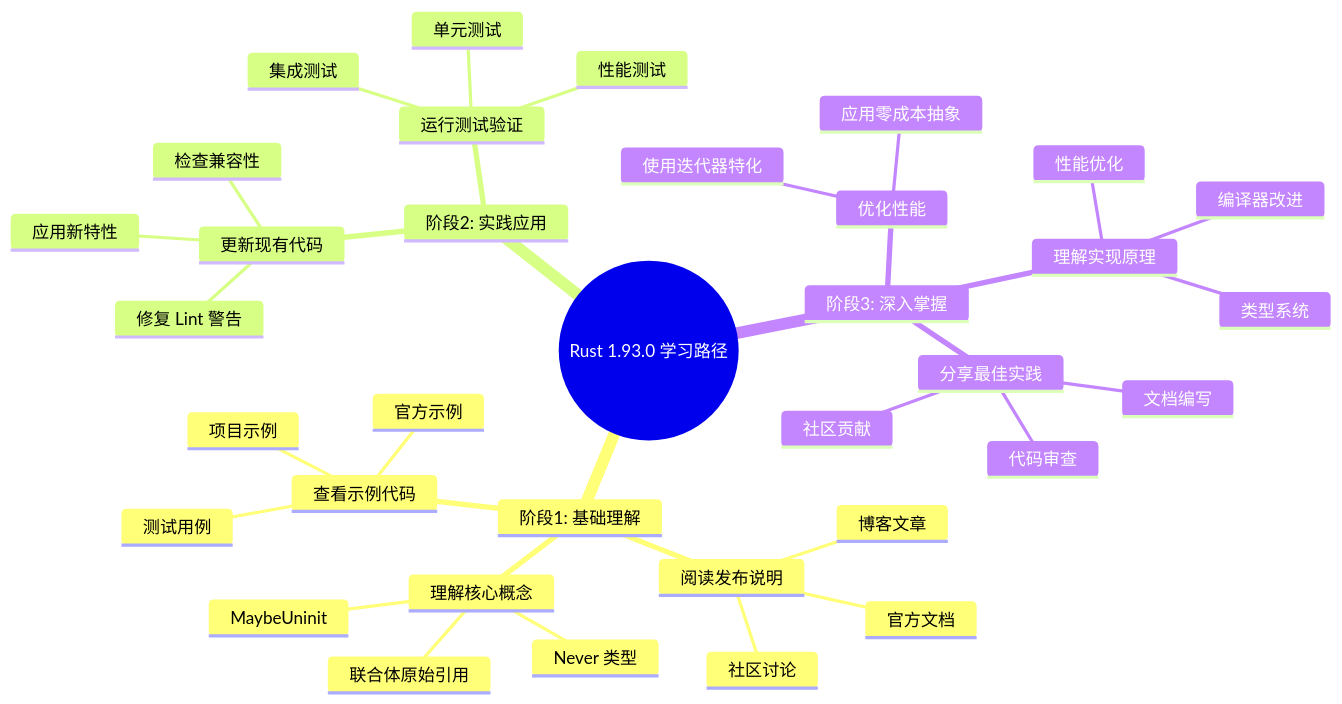
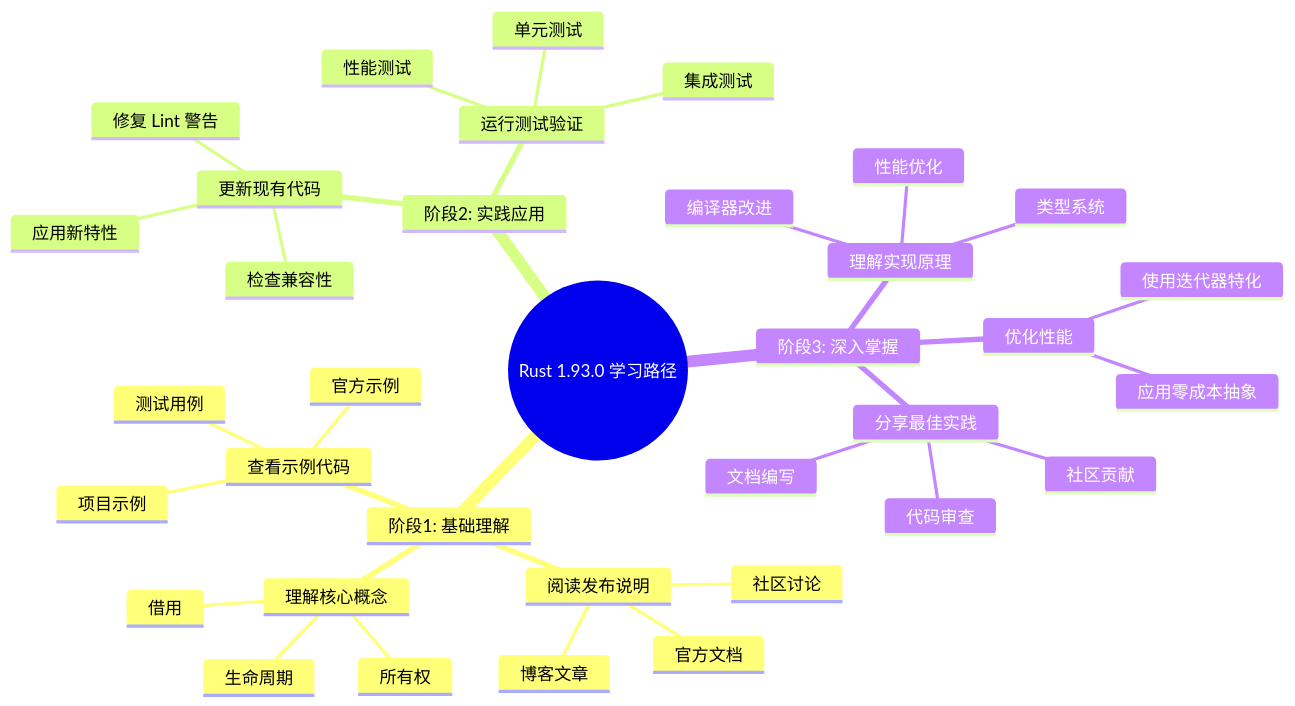
Diagram 11 of 30 in docs/04_thinking/THINKING_REPRESENTATION_METHODS.md (martin-ly/rust-lang), drawn with Mermaid before and after one commit. The commit also changed other lines of this file and 86 other files, not shown here.

````diff
--- a/docs/04_thinking/THINKING_REPRESENTATION_METHODS.md
+++ b/docs/04_thinking/THINKING_REPRESENTATION_METHODS.md
@@ -265,38 +543,38 @@
 ```mermaid
 mindmap
   root((Rust 1.93.0 学习路径))
     阶段1: 基础理解
       阅读发布说明
         官方文档
         博客文章
         社区讨论
       理解核心概念
-        MaybeUninit
-        联合体原始引用
-        Never 类型
+        所有权
+        借用
+        生命周期
       查看示例代码
         官方示例
         项目示例
         测试用例
     阶段2: 实践应用
       更新现有代码
         检查兼容性
         应用新特性
         修复 Lint 警告
       运行测试验证
         单元测试
         集成测试
         性能测试
     阶段3: 深入掌握
       理解实现原理
         编译器改进
         类型系统
         性能优化
       优化性能
         使用迭代器特化
         应用零成本抽象
       分享最佳实践
         文档编写
         代码审查
         社区贡献
 ```
````
